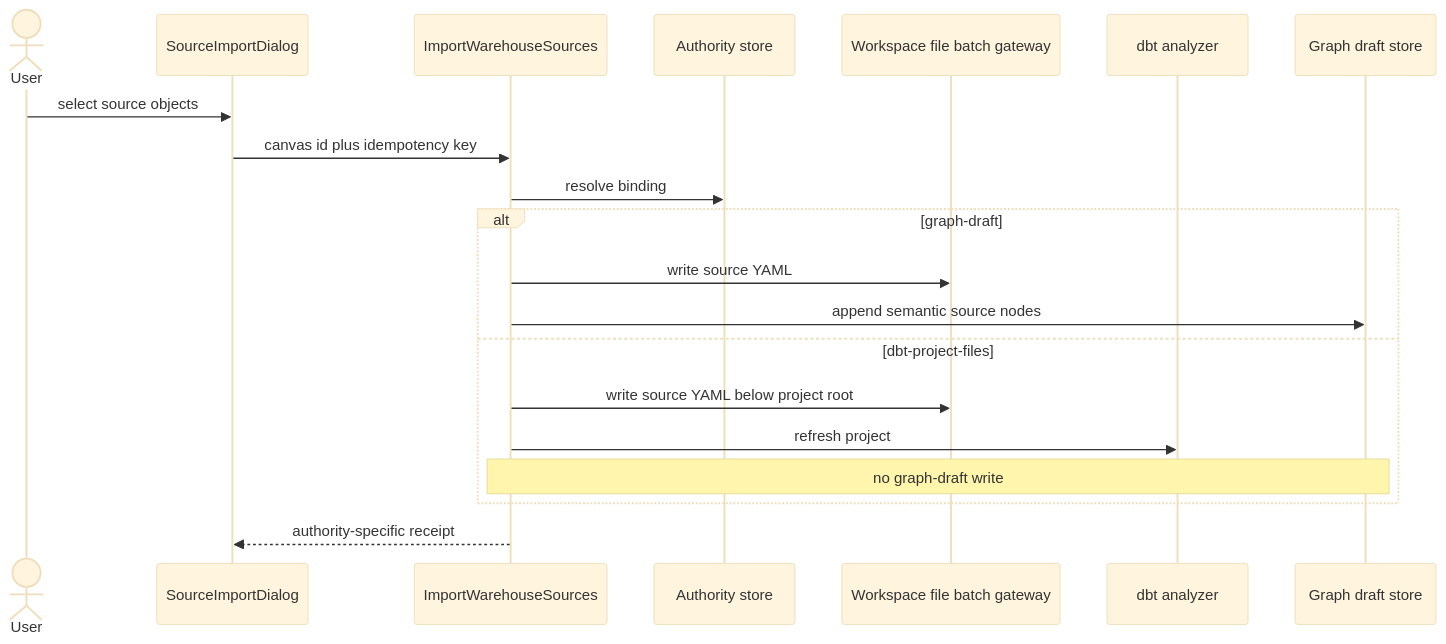
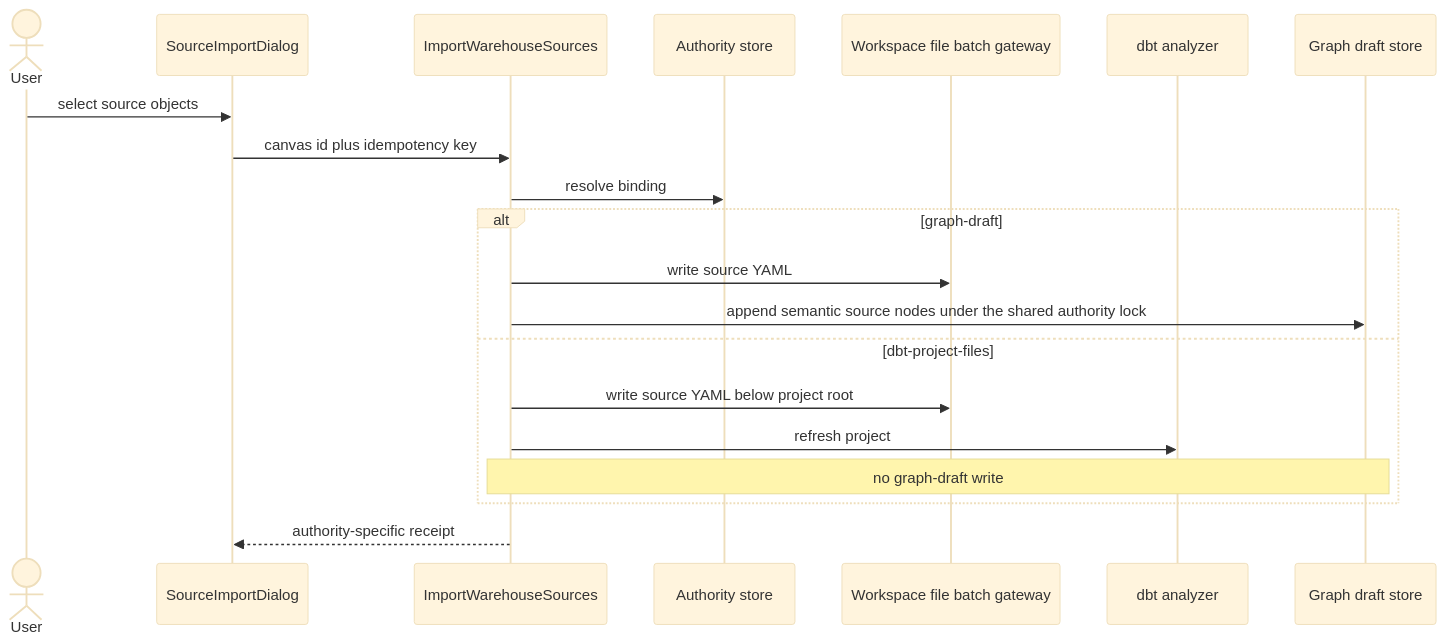
The fourth of 4 diagrams in docs/architecture/components/web/graph/dbt-project-import-and-source-authority-component.md (dunay2/dvt), drawn with Mermaid (base theme) before and after one commit. The commit also changed other lines of this file and 19 other files, not shown here.

````diff
--- a/docs/architecture/components/web/graph/dbt-project-import-and-source-authority-component.md
+++ b/docs/architecture/components/web/graph/dbt-project-import-and-source-authority-component.md
@@ -146,23 +147,23 @@
 ```mermaid
 sequenceDiagram
   actor User
   participant UI as SourceImportDialog
   participant Command as ImportWarehouseSources
   participant Authority as Authority store
   participant Batch as Workspace file batch gateway
   participant Analyzer as dbt analyzer
   participant Draft as Graph draft store
 
   User->>UI: select source objects
   UI->>Command: canvas id plus idempotency key
   Command->>Authority: resolve binding
   alt graph-draft
     Command->>Batch: write source YAML
-    Command->>Draft: append semantic source nodes
+    Command->>Draft: append semantic source nodes under the shared authority lock
   else dbt-project-files
     Command->>Batch: write source YAML below project root
     Command->>Analyzer: refresh project
     Note over Command,Draft: no graph-draft write
   end
   Command-->>UI: authority-specific receipt
 ```
````
